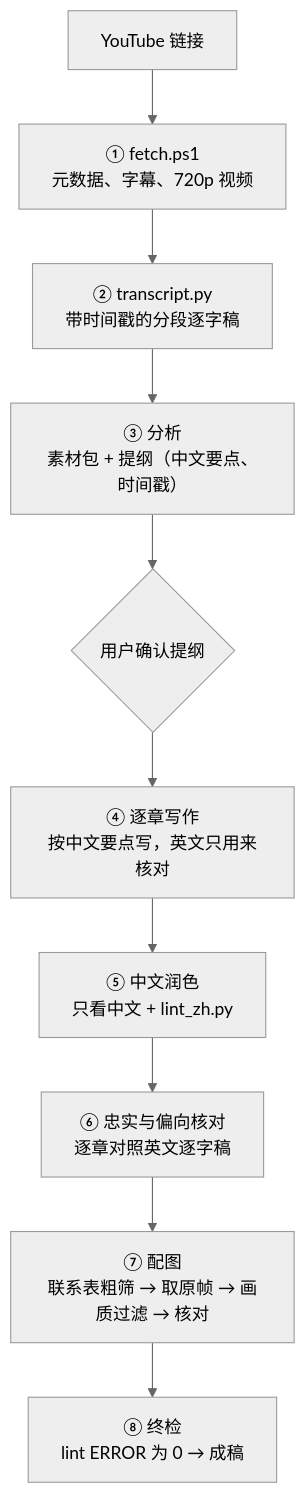
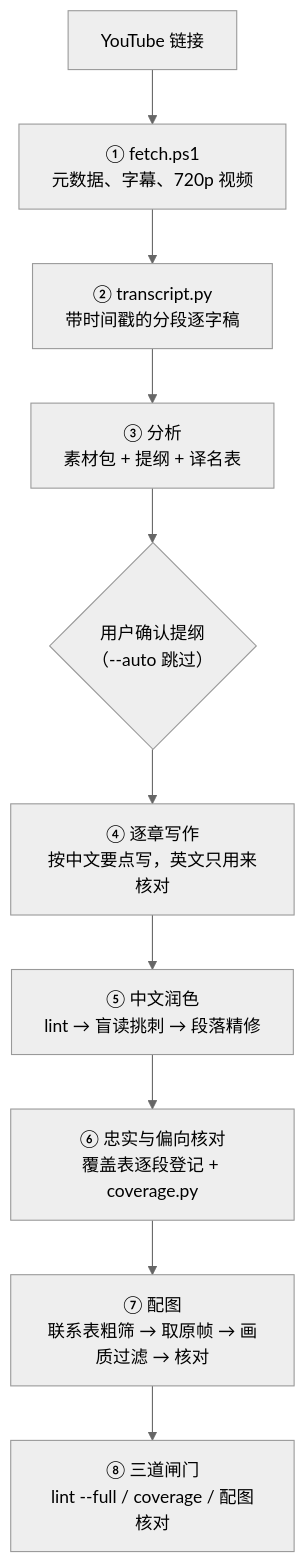
The diagram in README.md (songyang8964/interview-video-workflow), drawn with Mermaid (neutral theme) before and after one commit. The commit also changed other lines of this file and 5 other files, not shown here.

Commit message:
补齐缺口：--auto 全自动、译名表、盲读挑刺与段落精修、逐字稿覆盖检查、成稿结构检查

````diff
--- a/README.md
+++ b/README.md
@@ -13,12 +13,12 @@
 ```mermaid
 flowchart TD
     U["YouTube 链接"] --> F["① fetch.ps1<br/>元数据、字幕、720p 视频"]
     F --> T["② transcript.py<br/>带时间戳的分段逐字稿"]
-    T --> A["③ 分析<br/>素材包 + 提纲（中文要点、时间戳）"]
-    A --> P{"用户确认提纲"}
+    T --> A["③ 分析<br/>素材包 + 提纲 + 译名表"]
+    A --> P{"用户确认提纲<br/>（--auto 跳过）"}
     P --> W["④ 逐章写作<br/>按中文要点写，英文只用来核对"]
-    W --> L["⑤ 中文润色<br/>只看中文 + lint_zh.py"]
-    L --> C["⑥ 忠实与偏向核对<br/>逐章对照英文逐字稿"]
+    W --> L["⑤ 中文润色<br/>lint → 盲读挑刺 → 段落精修"]
+    L --> C["⑥ 忠实与偏向核对<br/>覆盖表逐段登记 + coverage.py"]
     C --> I["⑦ 配图<br/>联系表粗筛 → 取原帧 → 画质过滤 → 核对"]
-    I --> O["⑧ 终检<br/>lint ERROR 为 0 → 成稿"]
+    I --> O["⑧ 三道闸门<br/>lint --full / coverage / 配图核对"]
 ```
````
